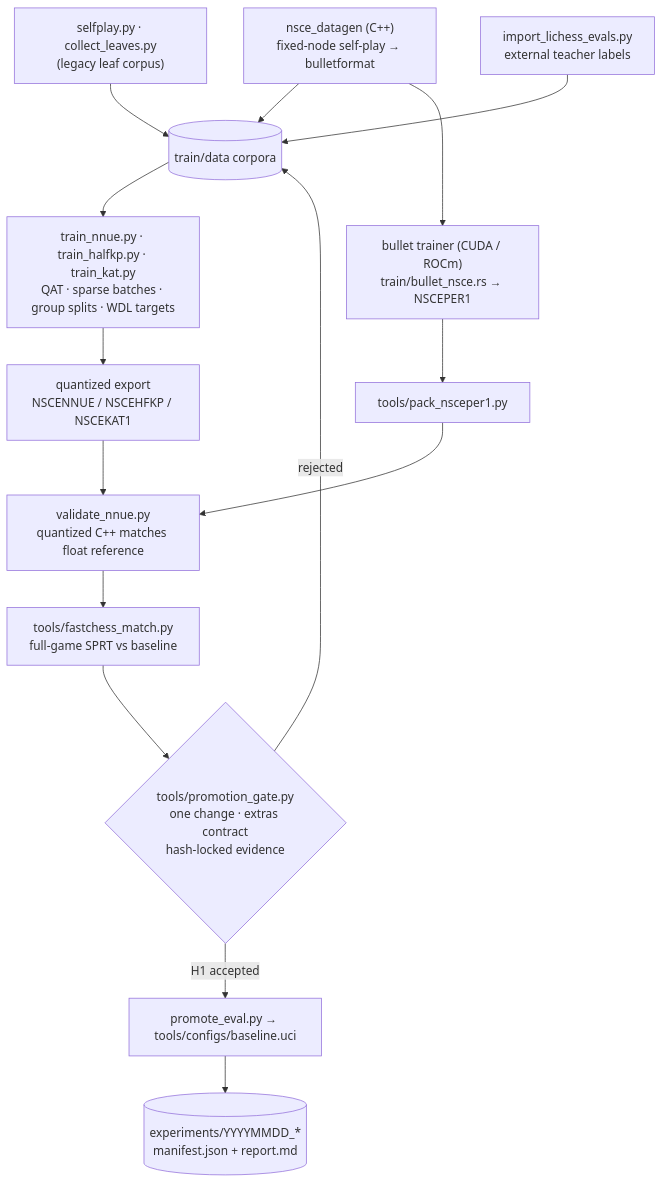
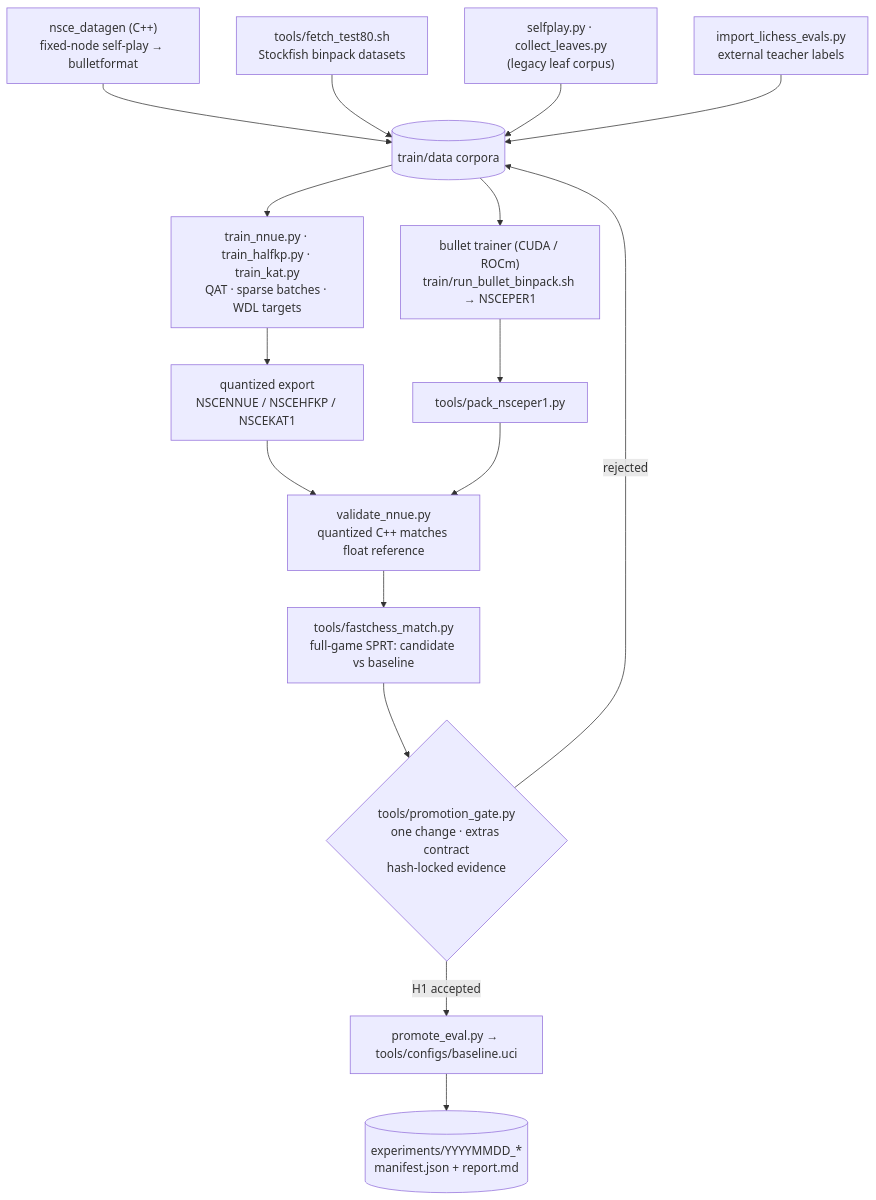
Before and after one commit to gonzalocolina/Optiline: the second of 2 diagrams in README.md, drawn with Mermaid. The commit also changed other lines of this file, not shown here.

Commit message:
docs: modernize and refine README with accurate metrics and pipeline flows

````diff
--- a/README.md
+++ b/README.md
@@ -127,17 +132,18 @@
 ```mermaid
 flowchart TD
     DATAGEN["nsce_datagen (C++)<br/>fixed-node self-play → bulletformat"] --> DATA[("train/data corpora")]
+    BINPACK["tools/fetch_test80.sh<br/>Stockfish binpack datasets"] --> DATA
     LEGACY["selfplay.py · collect_leaves.py<br/>(legacy leaf corpus)"] --> DATA
     EXT["import_lichess_evals.py<br/>external teacher labels"] --> DATA
-    DATA --> TRAIN["train_nnue.py · train_halfkp.py · train_kat.py<br/>QAT · sparse batches · group splits · WDL targets"]
-    DATAGEN --> BULLET["bullet trainer (CUDA / ROCm)<br/>train/bullet_nsce.rs → NSCEPER1"]
+    DATA --> TRAIN["train_nnue.py · train_halfkp.py · train_kat.py<br/>QAT · sparse batches · WDL targets"]
+    DATA --> BULLET["bullet trainer (CUDA / ROCm)<br/>train/run_bullet_binpack.sh → NSCEPER1"]
     TRAIN --> EXPORT["quantized export<br/>NSCENNUE / NSCEHFKP / NSCEKAT1"]
     BULLET --> PACK["tools/pack_nsceper1.py"]
     EXPORT --> VALIDATE["validate_nnue.py<br/>quantized C++ matches float reference"]
     PACK --> VALIDATE
-    VALIDATE --> SPRT["tools/fastchess_match.py<br/>full-game SPRT vs baseline"]
+    VALIDATE --> SPRT["tools/fastchess_match.py<br/>full-game SPRT: candidate vs baseline"]
     SPRT --> GATE{"tools/promotion_gate.py<br/>one change · extras contract<br/>hash-locked evidence"}
     GATE -->|"H1 accepted"| PROMOTE["promote_eval.py → tools/configs/baseline.uci"]
     GATE -->|"rejected"| DATA
     PROMOTE --> EVIDENCE[("experiments/YYYYMMDD_*<br/>manifest.json + report.md")]
 ```
````
